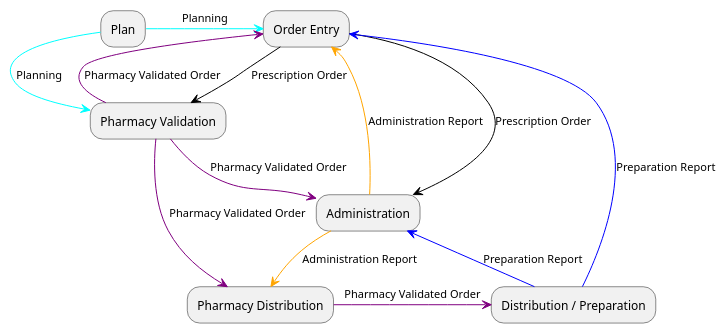
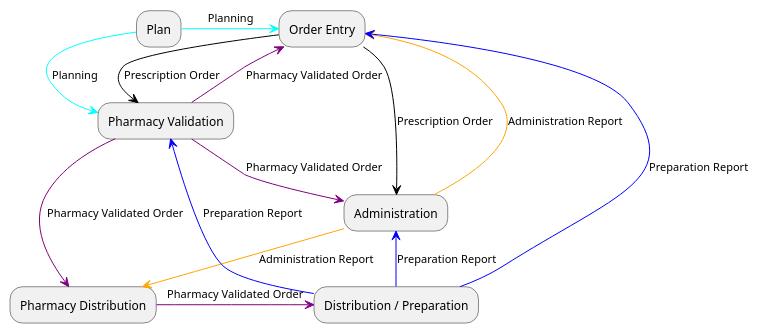
One commit to IHE/pharm-mpd changed the diagram in input/images-source/pharmacy-interoperabilitymodel.plantuml. Above: the diagram before and after it, drawn with PlantUML. The commit also changed 3 other files, not shown here.

```diff
--- a/input/images-source/pharmacy-interoperabilitymodel.plantuml
+++ b/input/images-source/pharmacy-interoperabilitymodel.plantuml
@@ -1,27 +1,29 @@
 @startuml
 
 "Plan" -[#cyan]r->[Planning]  "Order Entry"
 
 "Plan" -[#cyan]r->[Planning]  "Pharmacy Validation"
 
 "Order Entry" -[#black]r->[Prescription Order]  "Pharmacy Validation"
 
 "Pharmacy Validation" -[#purple]r->[Pharmacy Validated Order]  "Pharmacy Distribution"
 
 "Pharmacy Distribution" -[#purple]r->[Pharmacy Validated Order]  "Distribution / Preparation"
 
 "Distribution / Preparation" -[#blue]r->[Preparation Report]  "Administration"
 
 "Administration" -[#orange]d->[Administration Report]  "Order Entry"
 
 "Order Entry" -[#black]d->[Prescription Order]  "Administration"
 
 "Pharmacy Validation" -[#purple]d->[Pharmacy Validated Order]  "Order Entry"
 
 "Distribution / Preparation" -[#blue]d->[Preparation Report]  "Order Entry"
 
 "Pharmacy Validation" -[#purple]d->[Pharmacy Validated Order]  "Administration"
 
 "Administration" -[#orange]->[Administration Report]  "Pharmacy Distribution"
 
+"Distribution / Preparation" -[#blue]d->[Preparation Report]  "Pharmacy Validation"
+
 @enduml
```
